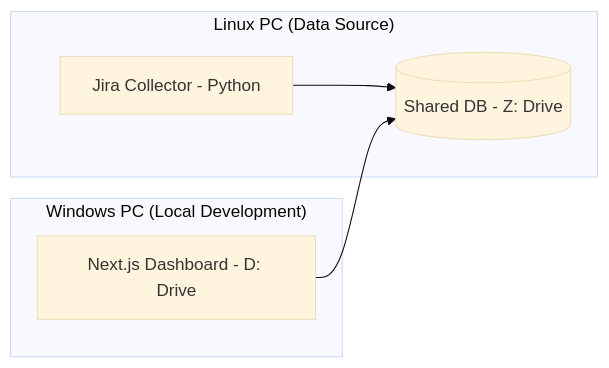
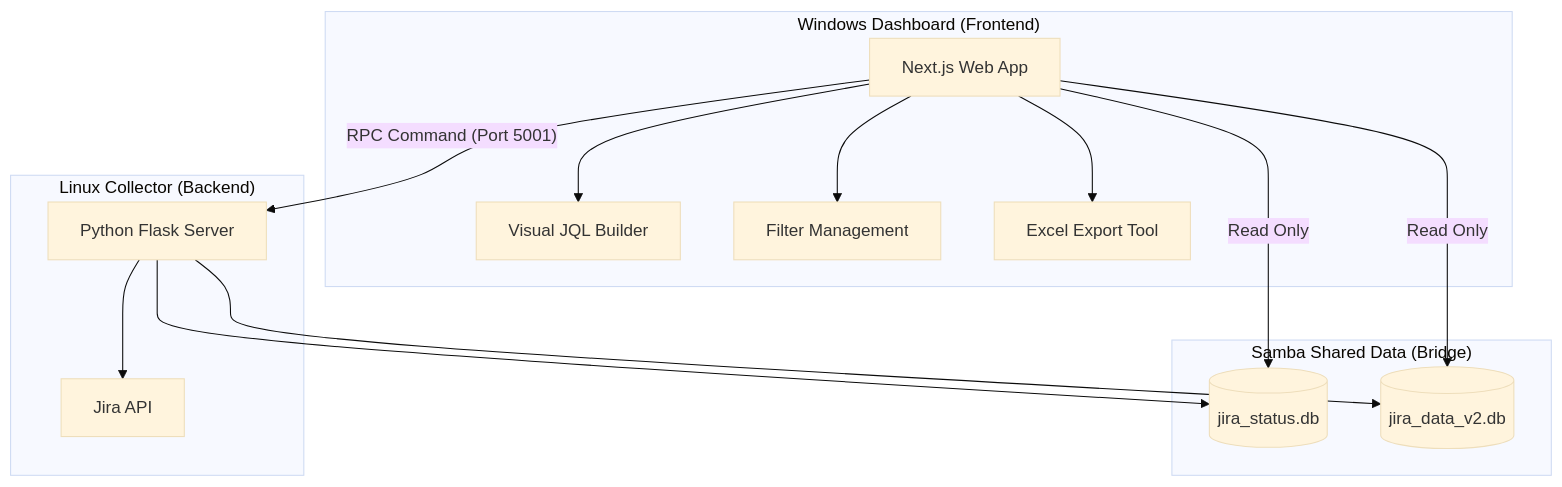
The diagram in README.md (mobilitylab-claude/pmworks), drawn with Mermaid (base theme) before and after one commit. The commit also changed other lines of this file and 1 other file, not shown here.

````diff
--- a/README.md
+++ b/README.md
@@ -7,9 +7,23 @@
 ```mermaid
-graph LR
-    subgraph "Linux PC (Data Source)"
-        A[Jira Collector - Python] --> B[(Shared DB - Z: Drive)]
+graph TD
+    subgraph "Windows Dashboard (Frontend)"
+        A[Next.js Web App] --> B[Visual JQL Builder]
+        A --> C[Filter Management]
+        A --> D[Excel Export Tool]
     end
-    subgraph "Windows PC (Local Development)"
-        C[Next.js Dashboard - D: Drive] --> B
+
+    subgraph "Samba Shared Data (Bridge)"
+        E[(jira_status.db)]
+        F[(jira_data_v2.db)]
     end
+
+    subgraph "Linux Collector (Backend)"
+        G[Python Flask Server] --> H[Jira API]
+        G --> E
+        G --> F
+    end
+
+    A -- "RPC Command (Port 5001)" --> G
+    A -- "Read Only" --> E
+    A -- "Read Only" --> F
 ```
````
